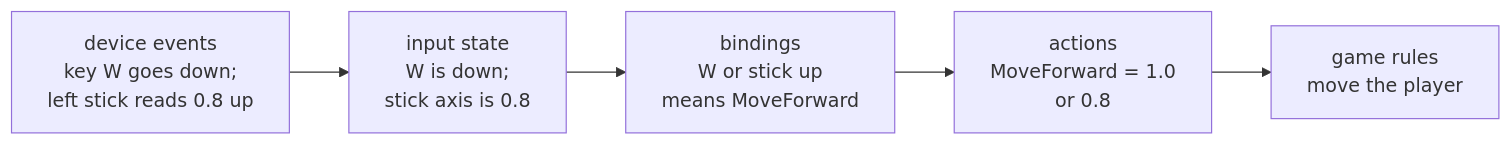
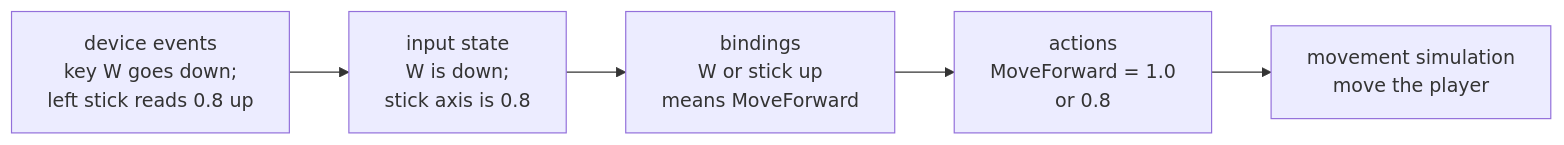
Before and after one commit to MustCodeAl/rust-game-hacking-book: the diagram in site/src/content/docs/pages/8/11.mdx, drawn with Mermaid. The commit also changed other lines of this file and 81 other files, not shown here.

````diff
--- a/site/src/content/docs/pages/8/11.mdx
+++ b/site/src/content/docs/pages/8/11.mdx
@@ -26,7 +26,7 @@
 ```mermaid
 flowchart LR
     D["device events<br/>key W goes down;<br/>left stick reads 0.8 up"] --> S["input state<br/>W is down;<br/>stick axis is 0.8"]
     S --> B["bindings<br/>W or stick up<br/>means MoveForward"]
     B --> A["actions<br/>MoveForward = 1.0<br/>or 0.8"]
-    A --> R["game rules<br/>move the player"]
+    A --> R["movement simulation<br/>move the player"]
 ```
````
